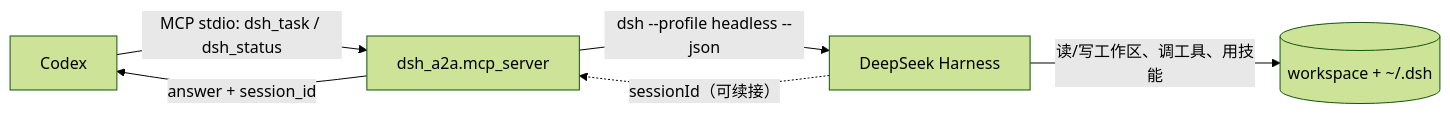
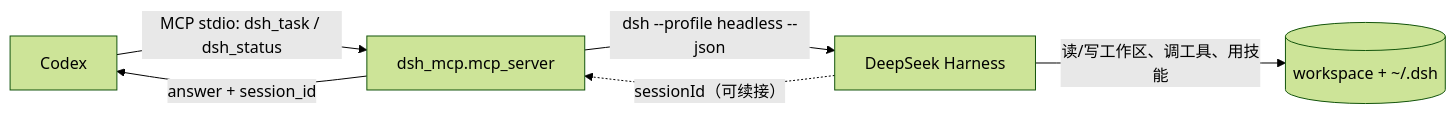
Before and after one commit to bodazi-na/codex-MCP-dsh: the diagram in README.md, drawn with Mermaid (forest theme). The commit also changed other lines of this file and 30 other files, not shown here.

First line of the commit message:
rename: codex-mcp-dsh (repo) with dsh_mcp package and DSH_MCP_* env prefix

````diff
--- a/README.md
+++ b/README.md
@@ -7,8 +7,8 @@
 ```mermaid
 flowchart LR
-  C[Codex] -->|MCP stdio: dsh_task / dsh_status| M[dsh_a2a.mcp_server]
+  C[Codex] -->|MCP stdio: dsh_task / dsh_status| M[dsh_mcp.mcp_server]
   M -->|dsh --profile headless --json| D[DeepSeek Harness]
   D -->|读/写工作区、调工具、用技能| W[(workspace + ~/.dsh)]
   D -.->|sessionId（可续接）| M
   M -->|answer + session_id| C
 ```
````
